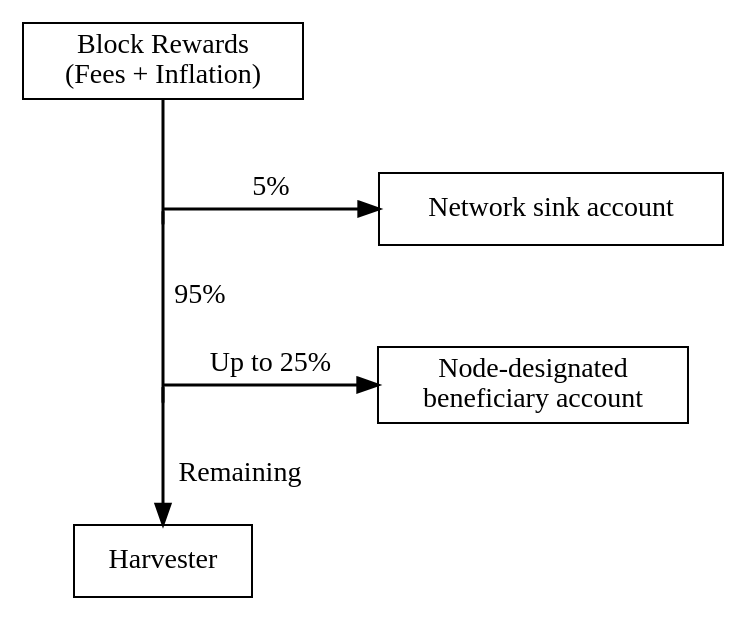
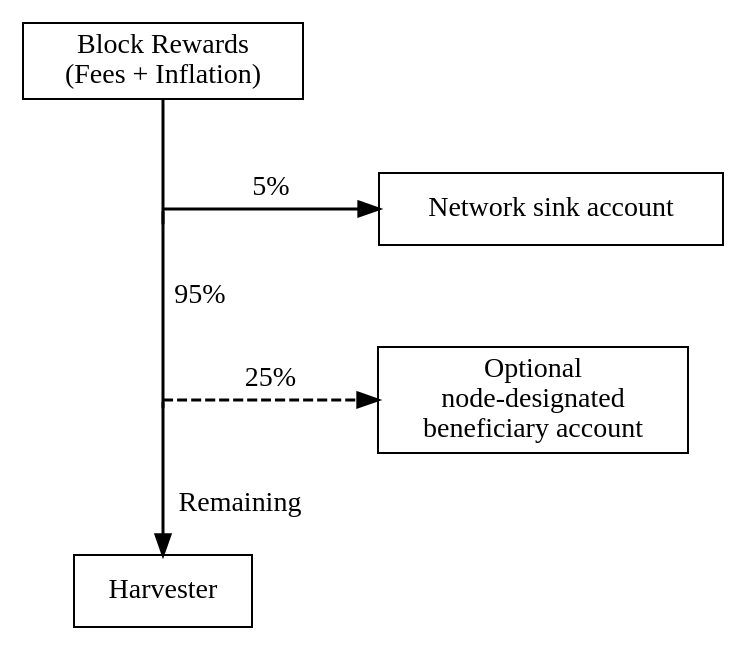
Before and after one commit to symbol/symbol: the diagram in mkdocs/pages/en/textbook/harvesting.md, drawn with Graphviz. The commit also changed other lines of this file, not shown here.

Commit message:
[mkdocs] fix: correct harvesting beneficiary percentage

````diff
--- a/mkdocs/pages/en/textbook/harvesting.md
+++ b/mkdocs/pages/en/textbook/harvesting.md
@@ -149,23 +149,23 @@
 ```dot
 digraph RewardDistribution {
     node [shape=box]
     edge [penwidth=1.5]
 
     BlockRewards [label="Block Rewards\n(Fees + Inflation)"]
     Harvester [label="Harvester" URL="#harvester"]
     Sink [label="Network sink account" URL="#sink"]
-    Beneficiary [label="Node-designated\nbeneficiary account" URL="#beneficiary"]
+    Beneficiary [label="Optional\nnode-designated\nbeneficiary account" URL="#beneficiary"]
 
     T1 [shape=point width=0 height=0]
     T2 [shape=point width=0 height=0]
 
     BlockRewards -> T1:s [dir=none];
     T1 -> T2:s [label=" 95%" weight=2 dir=none];
     T1 -> Sink [label="5%" minlen=3];
     T2 -> Harvester [label="Remaining" weight=2];
-    T2 -> Beneficiary [label="Up to 25%" minlen=3];
+    T2 -> Beneficiary [label="25%" minlen=3 style=dashed];
 
     {rank=same; T1; Sink;}
     {rank=same; T2; Beneficiary;}
 }
 ```
````
